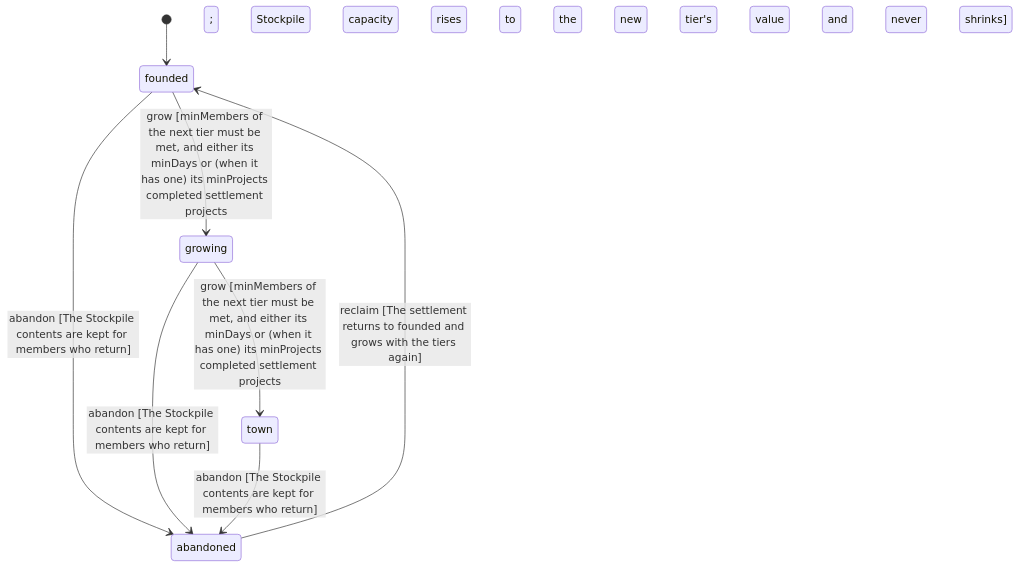
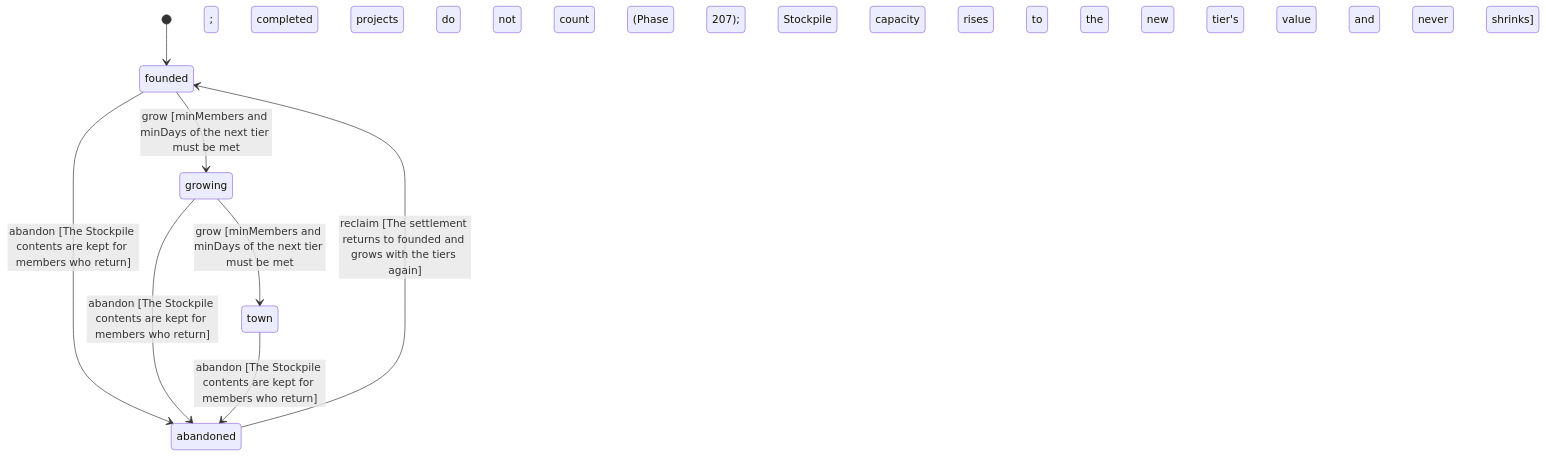
One commit to Tubaleviao/project-nihon changed the diagram in wiki/entities/settlement.md. Above: the diagram before and after it, drawn with Mermaid. The commit also changed other lines of this file and 58 other files, not shown here.

First line of the commit message:
feat(skills): skills grow from work, and clan projects without labour (Phase 207) (#549)

````diff
--- a/wiki/entities/settlement.md
+++ b/wiki/entities/settlement.md
@@ -42,10 +42,10 @@
 ```mermaid
 stateDiagram-v2
   [*] --> founded
-  founded --> growing : grow [minMembers of the next tier must be met, and either its minDays or (when it has one) its minProjects completed settlement projects; Stockpile capacity rises to the new tier's value and never shrinks]
-  growing --> town : grow [minMembers of the next tier must be met, and either its minDays or (when it has one) its minProjects completed settlement projects; Stockpile capacity rises to the new tier's value and never shrinks]
+  founded --> growing : grow [minMembers and minDays of the next tier must be met; completed projects do not count (Phase 207); Stockpile capacity rises to the new tier's value and never shrinks]
+  growing --> town : grow [minMembers and minDays of the next tier must be met; completed projects do not count (Phase 207); Stockpile capacity rises to the new tier's value and never shrinks]
   founded --> abandoned : abandon [The Stockpile contents are kept for members who return]
   growing --> abandoned : abandon [The Stockpile contents are kept for members who return]
   town --> abandoned : abandon [The Stockpile contents are kept for members who return]
   abandoned --> founded : reclaim [The settlement returns to founded and grows with the tiers again]
 ```
````
